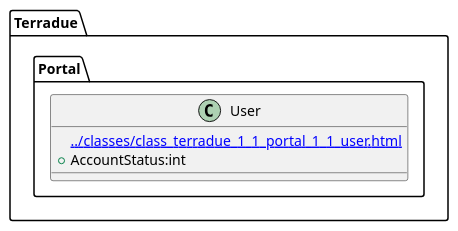
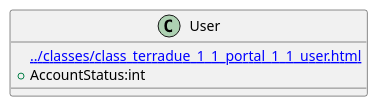
One commit to urban-tep/DDF-SDD changed the diagram in source/classes/class_terradue_1_1_portal_1_1_user.iuml. Above: the diagram before and after it, drawn with PlantUML. The commit also changed 50 other files, not shown here.

```diff
--- a/source/classes/class_terradue_1_1_portal_1_1_user.iuml
+++ b/source/classes/class_terradue_1_1_portal_1_1_user.iuml
@@ -1,7 +1,6 @@
 @startuml
-set namespaceSeparator ::
-class Terradue::Portal::User {
+class User {
 [[../classes/class_terradue_1_1_portal_1_1_user.html]]
  +AccountStatus:int
 }
 @enduml
```
